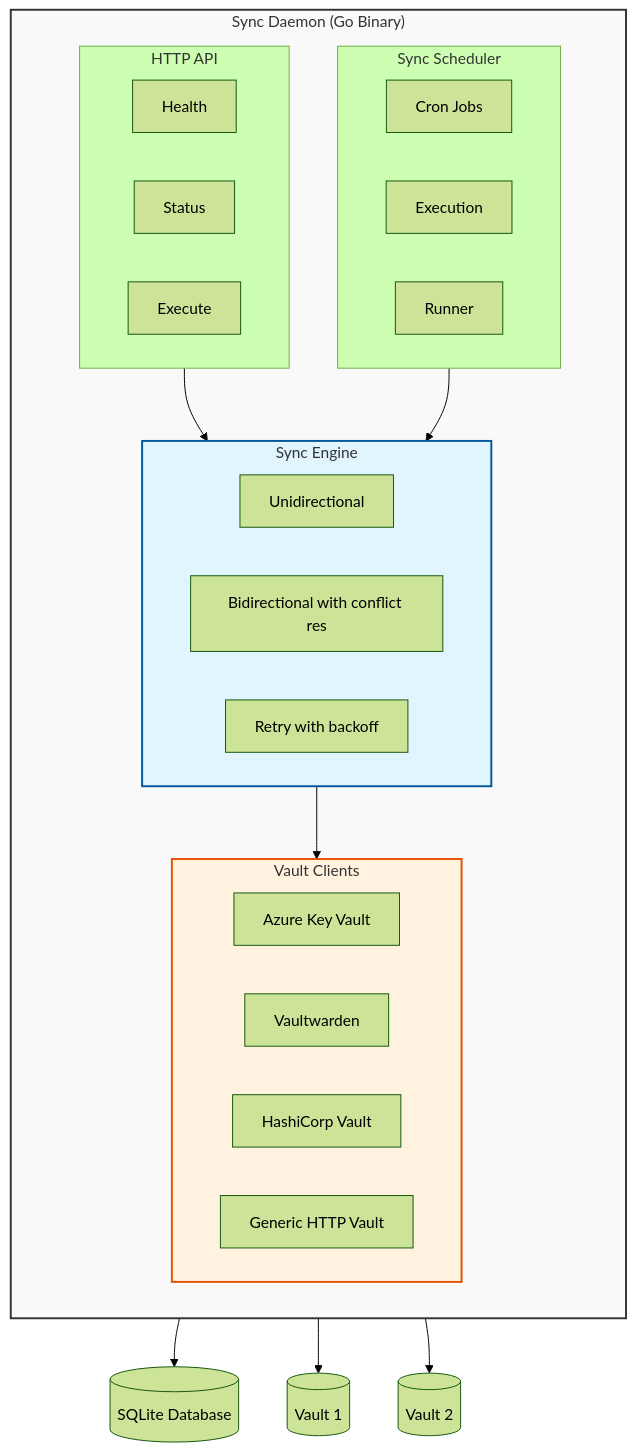
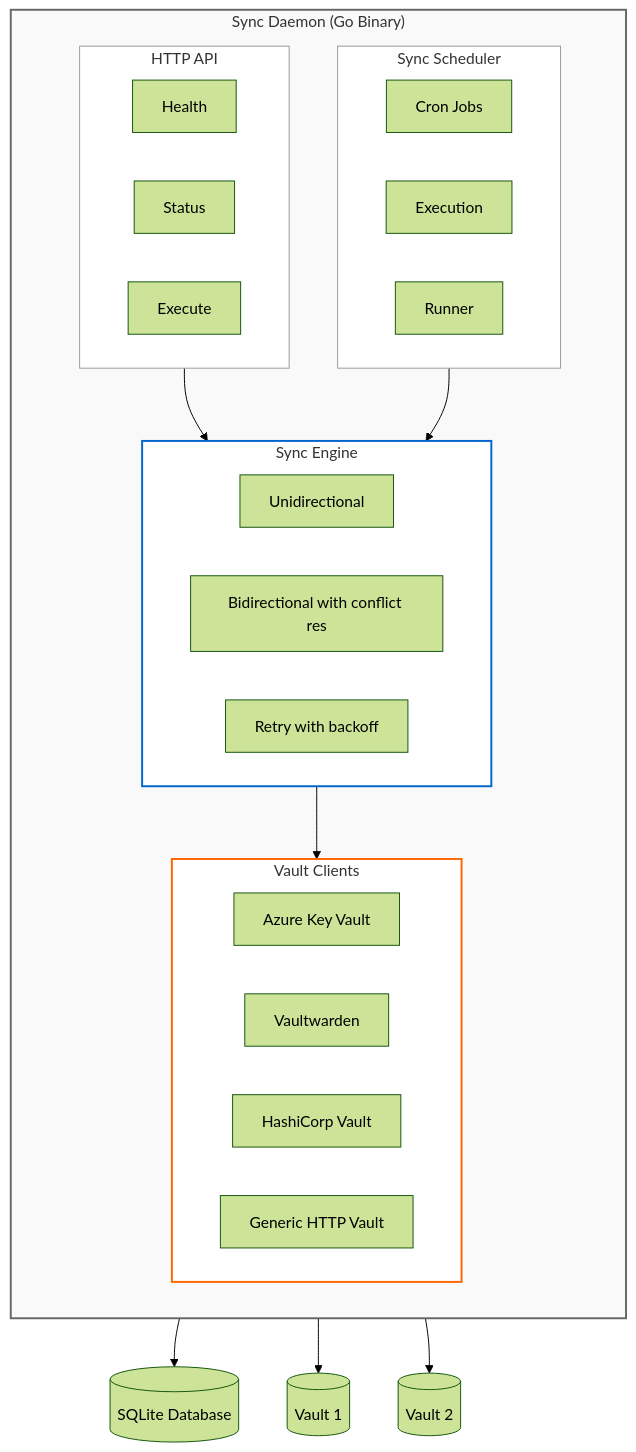
Before and after one commit to pacorreia/vaults-syncer: the diagram in README.md, drawn with Mermaid (forest theme). The commit also changed 2 other files, not shown here.

Commit message:
Improve diagram readability with better color contrast

````diff
--- a/README.md
+++ b/README.md
@@ -31,43 +31,45 @@
 ```mermaid
 graph TB
     subgraph daemon["Sync Daemon (Go Binary)"]
         direction TB
         
         subgraph api["HTTP API"]
             health["Health"]
             status["Status"]
             execute["Execute"]
         end
         
         subgraph scheduler["Sync Scheduler"]
             cron["Cron Jobs"]
             execution["Execution"]
             runner["Runner"]
         end
         
         subgraph engine["Sync Engine"]
             unidirectional["Unidirectional"]
             bidirectional["Bidirectional with conflict res"]
             retry["Retry with backoff"]
         end
         
         subgraph clients["Vault Clients"]
             azure["Azure Key Vault"]
             vaultwarden["Vaultwarden"]
             hashicorp["HashiCorp Vault"]
             generic["Generic HTTP Vault"]
         end
         
         api --> engine
         scheduler --> engine
         engine --> clients
     end
     
     clients --> db[(SQLite Database)]
     clients --> vault1[("Vault 1")]
     clients --> vault2[("Vault 2")]
     
-    style daemon fill:#f9f9f9,stroke:#333,stroke-width:2px
-    style engine fill:#e1f5ff,stroke:#01579b,stroke-width:2px
-    style clients fill:#fff3e0,stroke:#e65100,stroke-width:2px
+    style daemon fill:#f9f9f9,stroke:#666,stroke-width:2px
+    style engine fill:#fff,stroke:#0066cc,stroke-width:2px
+    style clients fill:#fff,stroke:#ff6600,stroke-width:2px
+    style api fill:#fff,stroke:#999,stroke-width:1px
+    style scheduler fill:#fff,stroke:#999,stroke-width:1px
 ```
````
